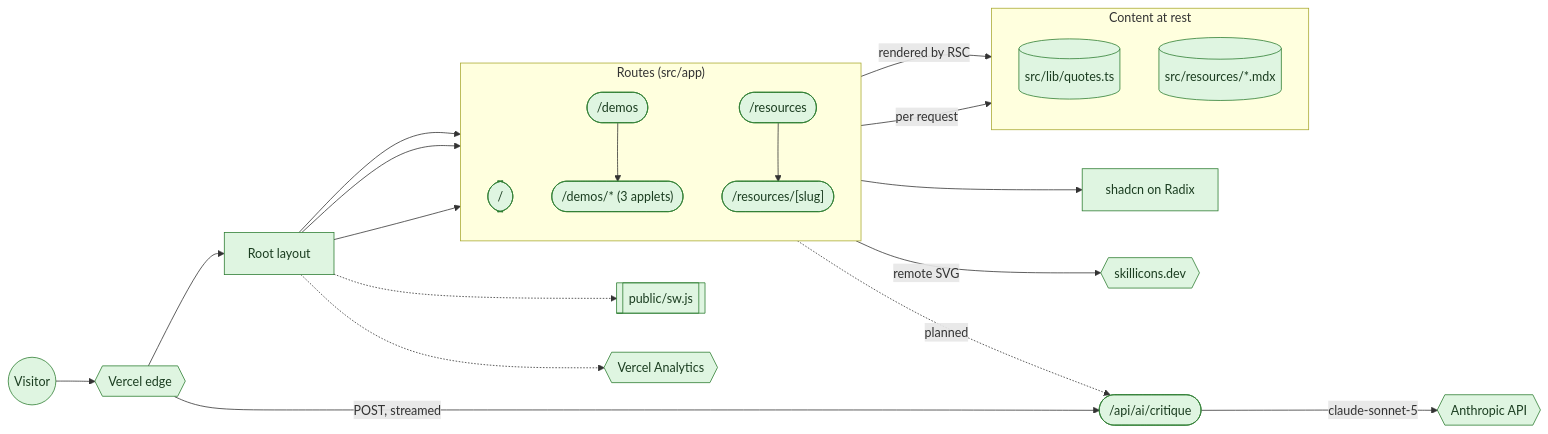
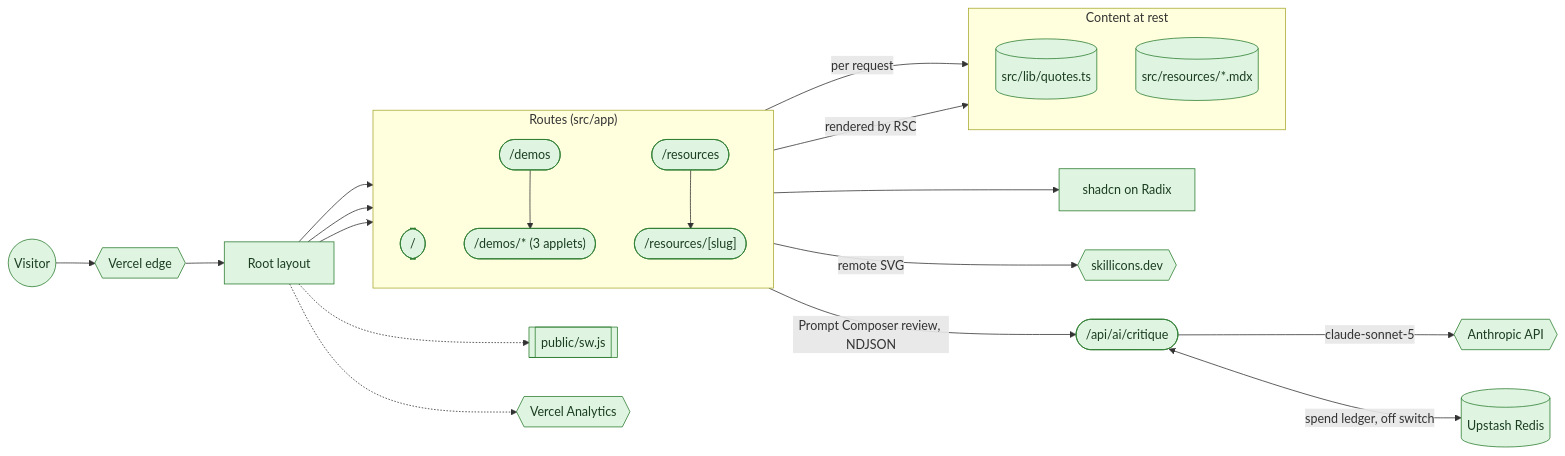
Before and after one commit to cooperability/cooperability.com: the first of 2 diagrams in README.md, drawn with Mermaid. The commit also changed other lines of this file and 10 other files, not shown here.

````diff
--- a/README.md
+++ b/README.md
@@ -14,47 +14,48 @@
 ```mermaid
 flowchart LR
   classDef built fill:#dff5e1,stroke:#2e7d32,color:#1b3d20
   classDef planned fill:#f2f2f2,stroke:#9e9e9e,color:#3d3d3d,stroke-dasharray:4 3
 
   visitor((Visitor)):::built
   edge{{"Vercel edge"}}:::built
   layout["Root layout"]:::built
 
   subgraph routes ["Routes (src/app)"]
     direction TB
     home(["/"]):::built
     demos(["/demos"]):::built
     applets(["/demos/* (3 applets)"]):::built
     reslist(["/resources"]):::built
     resdoc(["/resources/[slug]"]):::built
   end
 
   subgraph content ["Content at rest"]
     direction TB
     quotes[("src/lib/quotes.ts")]:::built
     mdx[("src/resources/*.mdx")]:::built
   end
 
   ui["shadcn on Radix"]:::built
   sw[["public/sw.js"]]:::built
   icons{{"skillicons.dev"}}:::built
   vitals{{"Vercel Analytics"}}:::built
   ai(["/api/ai/critique"]):::built
   anthropic{{"Anthropic API"}}:::built
+  kv[("Upstash Redis")]:::built
 
   visitor --> edge --> layout
   layout --> home
   layout --> demos
   layout --> reslist
   demos --> applets
   reslist --> resdoc
   home -->|per request| quotes
   resdoc -->|"rendered by RSC"| mdx
   applets --> ui
   demos -->|remote SVG| icons
   layout -.-> sw
   layout -.-> vitals
-  edge -->|"POST, streamed"| ai
+  applets -->|"Prompt Composer review, NDJSON"| ai
   ai -->|claude-sonnet-5| anthropic
-  applets -.->|planned| ai
+  ai <-->|"spend ledger, off switch"| kv
 ```
````
